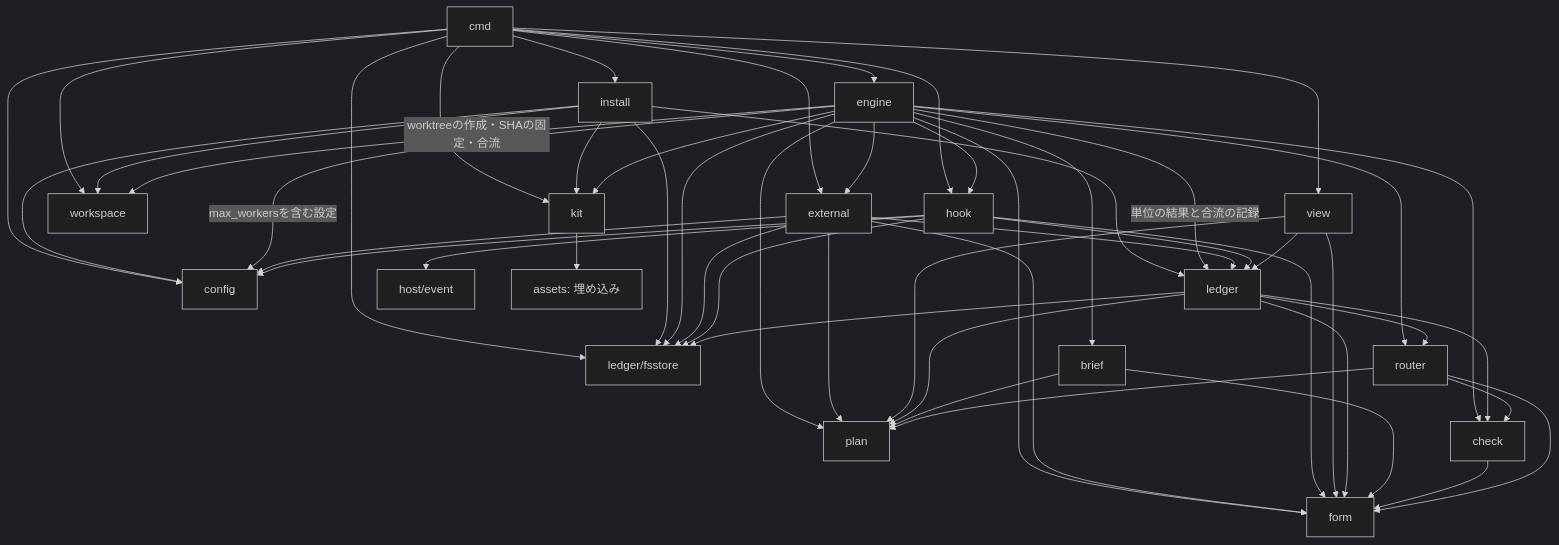
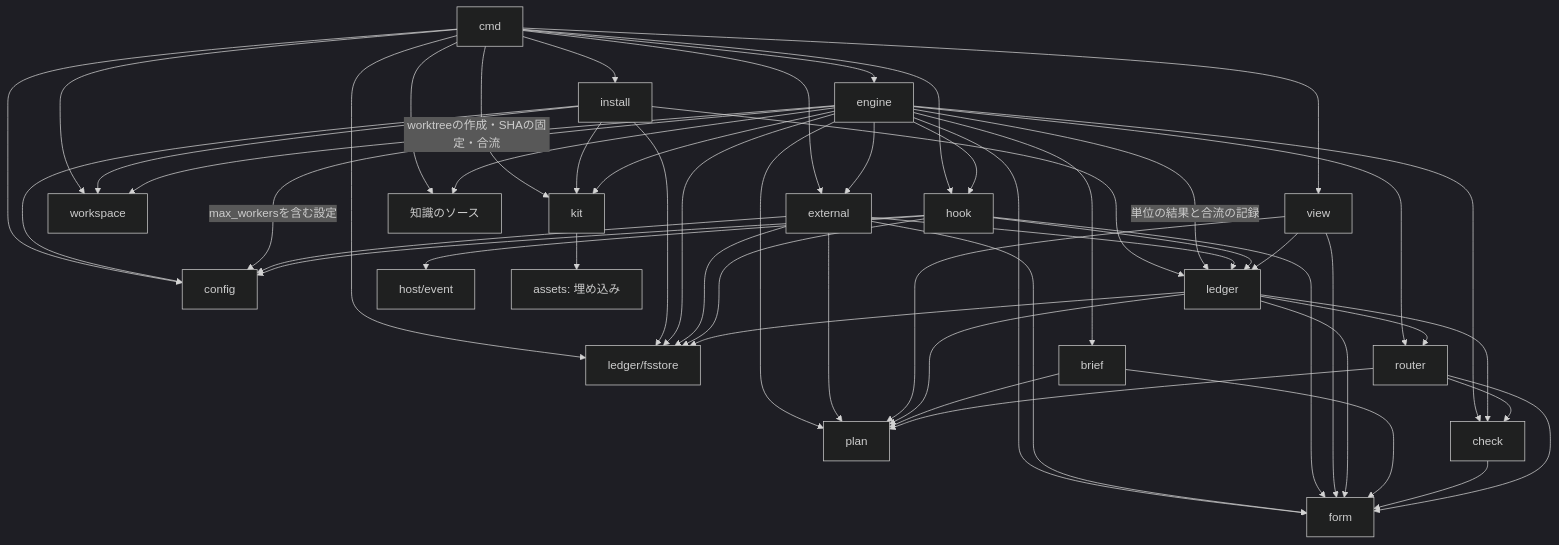
The diagram in docs/architecture/modules.md (ildjenty/dev-kit), drawn with Mermaid (dark theme) before and after one commit. The commit also changed other lines of this file and 144 other files, not shown here.

````diff
--- a/docs/architecture/modules.md
+++ b/docs/architecture/modules.md
@@ -268,54 +271,56 @@
 ```mermaid
 graph TD
   cmd --> install
   cmd --> engine
   cmd --> hook
   cmd --> view
   cmd --> fsstore[ledger/fsstore]
   cmd --> workspace
   cmd --> external
   cmd --> config
   cmd --> kit
+  cmd --> source[知識のソース]
   install --> config
   install --> kit
   install --> ledger
   install --> workspace
   install --> fsstore
   engine --> plan
   engine --> brief
   engine --> check
   engine --> router
   engine -- 単位の結果と合流の記録 --> ledger
   engine --> form
   engine -- worktreeの作成・SHAの固定・合流 --> workspace
   engine --> external
   engine --> fsstore
   engine -- max_workersを含む設定 --> config
   engine --> hook
   engine --> kit
+  engine --> source
   external --> ledger
   external --> config
   external --> form
   external --> plan
   external --> fsstore
   hook --> ledger
   hook --> config
   hook --> hostevent[host/event]
   hook --> form
   hook --> fsstore
   view --> ledger
   view --> form
   view --> plan
   ledger --> plan
   ledger --> check
   ledger --> router
   ledger --> form
   ledger --> fsstore
   brief --> plan
   brief --> form
   check --> form
   router --> plan
   router --> check
   router --> form
   kit --> assets[assets: 埋め込み]
 ```
````
